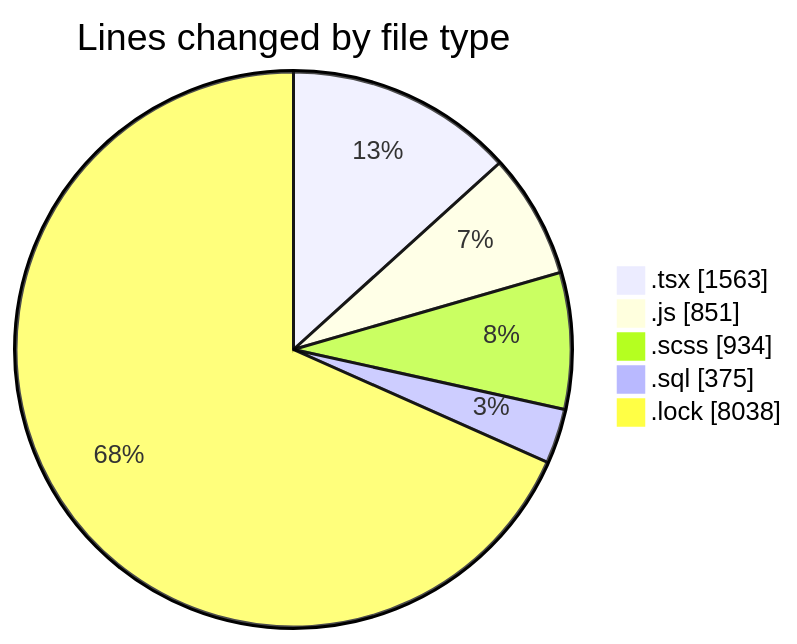
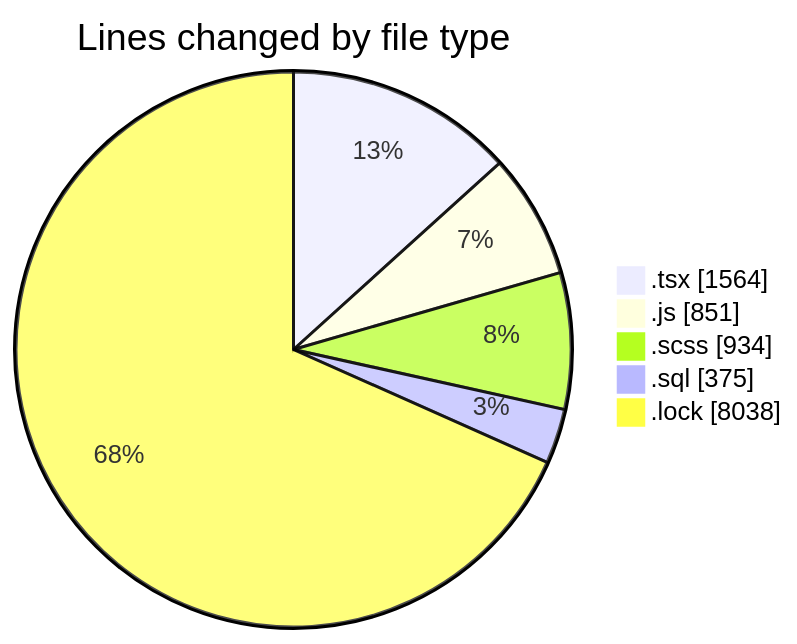
The first of 2 diagrams in 2025-03-18/cda/README.md (momahboobian/code-tracking), drawn with Mermaid before and after one commit. The commit also changed other lines of this file and 1 other file, not shown here.

````diff
--- a/2025-03-18/cda/README.md
+++ b/2025-03-18/cda/README.md
@@ -32,9 +32,9 @@
 ```mermaid
 pie showData
 title Lines changed by file type
-".tsx" : 1563
+".tsx" : 1564
 ".js" : 851
 ".scss" : 934
 ".sql" : 375
 ".lock" : 8038
 ```
````
